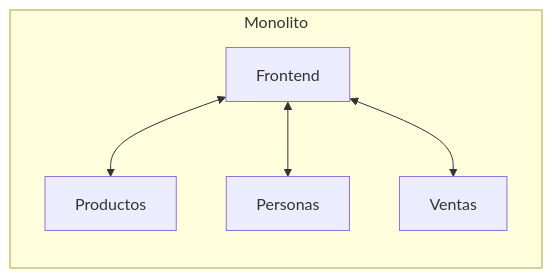
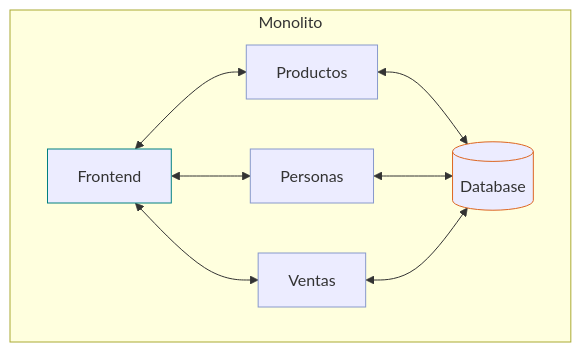
The first of 4 diagrams in README.md (akobashikawa/tienda211-fastify), drawn with Mermaid before and after one commit. The commit also changed other lines of this file, not shown here.

Commit message:
Actualiza diagramas

````diff
--- a/README.md
+++ b/README.md
@@ -6,13 +6,20 @@
 ```mermaid
-graph LR
+graph TD
+    style Frontend stroke:teal
+    style Productos stroke:#89c
+    style Personas stroke:#89c 
+    style Ventas stroke:#89c
+    style database stroke:#d62
+    
     subgraph Monolito
+        direction LR
         Frontend
-        Productos
-        Personas
-        Ventas
+        Productos <--> database[(Database)]
+        Personas <--> database[(Database)]
+        Ventas <--> database[(Database)]
     end
     
     Frontend <--> Productos
     Frontend <--> Personas
     Frontend <--> Ventas
 ```
````
